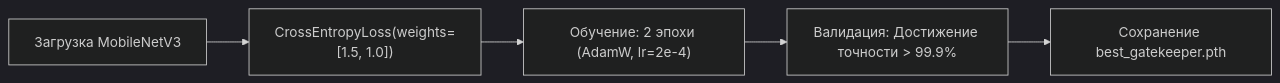
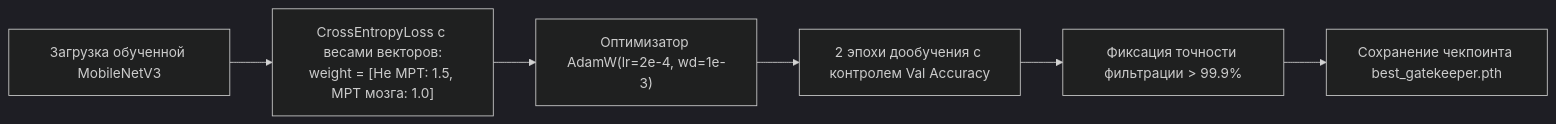
One commit to marklemesev-spec/mri-brain-tumors changed the seventh of 7 diagrams in README.md. Above: the diagram before and after it, drawn with Mermaid (dark theme). The commit also changed other lines of this file, not shown here.

````diff
--- a/README.md
+++ b/README.md
@@ -274,7 +308,8 @@
 ```mermaid
 flowchart LR
-    A["Загрузка MobileNetV3"] --> B["CrossEntropyLoss(weights=[1.5, 1.0])"]
-    B --> C["Обучение: 2 эпохи (AdamW, lr=2e-4)"]
-    C --> D["Валидация: Достижение точности > 99.9%"]
-    D --> E["Сохранение best_gatekeeper.pth"]
+    A["Загрузка обученной MobileNetV3"] --> B["CrossEntropyLoss с весами векторов:<br/>weight = [Не МРТ: 1.5, МРТ мозга: 1.0]"]
+    B --> C["Оптимизатор AdamW(lr=2e-4, wd=1e-3)"]
+    C --> D["2 эпохи дообучения с контролем Val Accuracy"]
+    D --> E["Фиксация точности фильтрации > 99.9%"]
+    E --> F["Сохранение чекпоинта best_gatekeeper.pth"]
 ```
````
